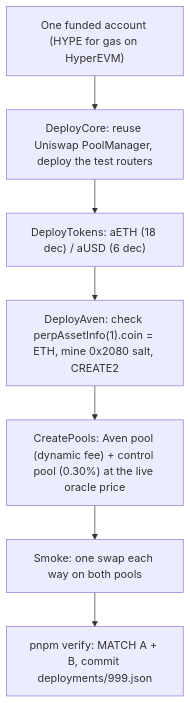
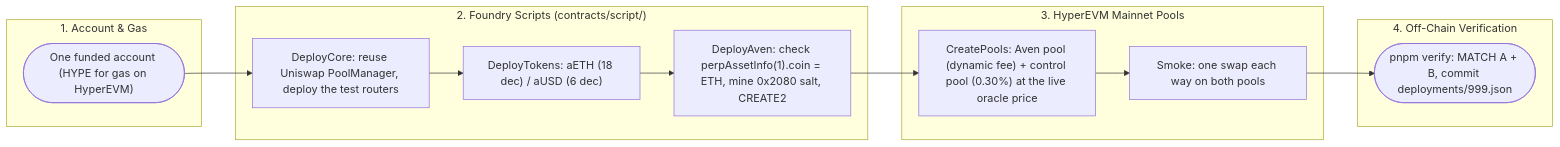
The third of 3 diagrams in README.md (SATISH-JALAN/Aven), drawn with Mermaid before and after one commit. The commit also changed 2 other files, not shown here.

Commit message:
docs(readme): redesign deployment flowchart into multi-stage pipeline

````diff
--- a/README.md
+++ b/README.md
@@ -478,9 +478,28 @@
 ```mermaid
-flowchart TD
-  A["One funded account (HYPE for gas on HyperEVM)"] --> B["DeployCore: reuse Uniswap PoolManager, deploy the test routers"]
-  B --> C["DeployTokens: aETH (18 dec) / aUSD (6 dec)"]
-  C --> D["DeployAven: check perpAssetInfo(1).coin = ETH, mine 0x2080 salt, CREATE2"]
-  D --> E["CreatePools: Aven pool (dynamic fee) + control pool (0.30%) at the live oracle price"]
-  E --> F["Smoke: one swap each way on both pools"]
-  F --> G["pnpm verify: MATCH A + B, commit deployments/999.json"]
+flowchart LR
+  subgraph setup["1. Account & Gas"]
+    A(["One funded account (HYPE for gas on HyperEVM)"])
+  end
+
+  subgraph contracts["2. Foundry Scripts (contracts/script/)"]
+    B["DeployCore: reuse Uniswap PoolManager, deploy the test routers"]
+    C["DeployTokens: aETH (18 dec) / aUSD (6 dec)"]
+    D["DeployAven: check perpAssetInfo(1).coin = ETH, mine 0x2080 salt, CREATE2"]
+  end
+
+  subgraph pools["3. HyperEVM Mainnet Pools"]
+    E["CreatePools: Aven pool (dynamic fee) + control pool (0.30%) at the live oracle price"]
+    F["Smoke: one swap each way on both pools"]
+  end
+
+  subgraph verify["4. Off-Chain Verification"]
+    G(["pnpm verify: MATCH A + B, commit deployments/999.json"])
+  end
+
+  A --> B
+  B --> C
+  C --> D
+  D --> E
+  E --> F
+  F --> G
 ```
````
